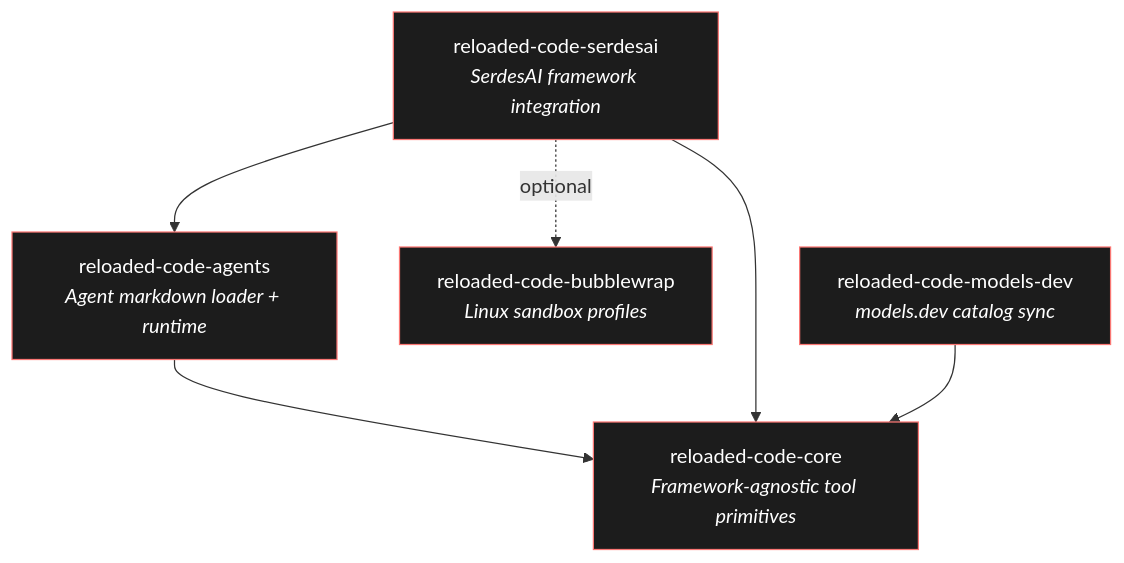
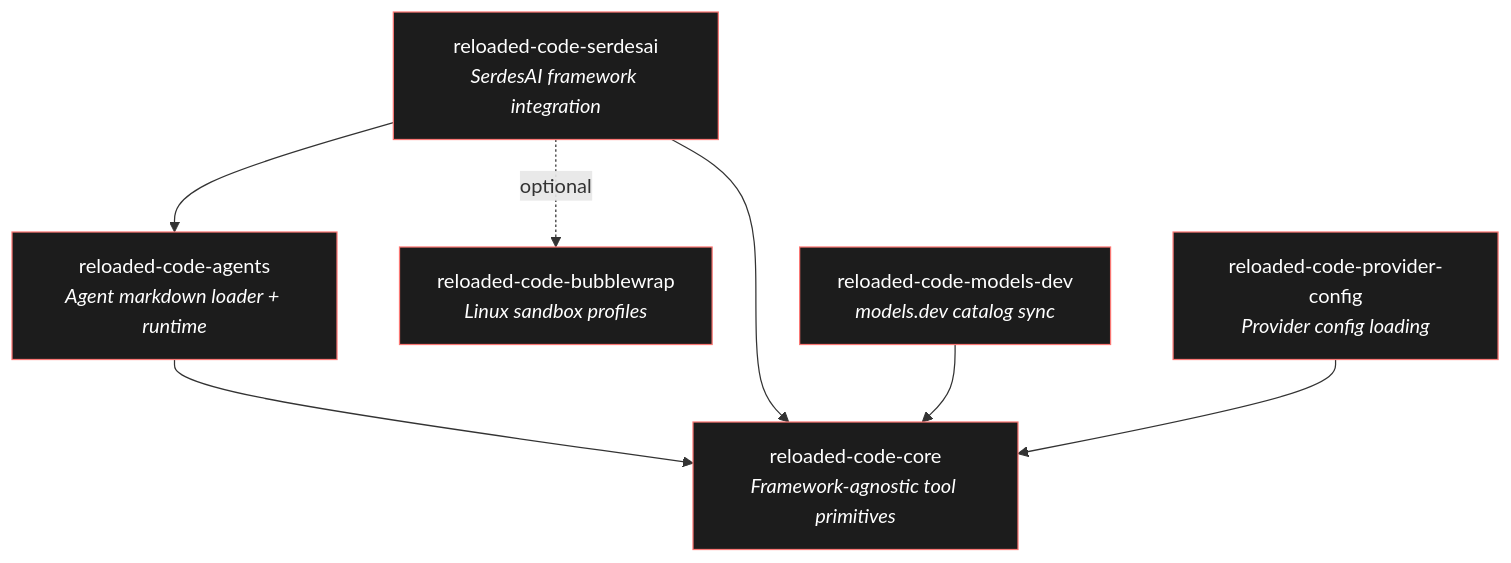
Before and after one commit to danielbodnar/ReloadedCode: the first of 2 diagrams in docs/src/architecture.md, drawn with Mermaid. The commit also changed other lines of this file and 29 other files, not shown here.

````diff
--- a/docs/src/architecture.md
+++ b/docs/src/architecture.md
@@ -8,16 +8,18 @@
 ```mermaid
 graph TD
     core["reloaded-code-core<br/><i>Framework-agnostic tool primitives</i>"]
     agents["reloaded-code-agents<br/><i>Agent markdown loader + runtime</i>"]
     serdesai["reloaded-code-serdesai<br/><i>SerdesAI framework integration</i>"]
     bubblewrap["reloaded-code-bubblewrap<br/><i>Linux sandbox profiles</i>"]
     modelsdev["reloaded-code-models-dev<br/><i>models.dev catalog sync</i>"]
+    providerconfig["reloaded-code-provider-config<br/><i>Provider config loading</i>"]
 
     agents --> core
     serdesai --> core
     serdesai --> agents
     serdesai -.->|optional| bubblewrap
     modelsdev --> core
+    providerconfig --> core
 
     classDef default fill:#1C1C1C,stroke:#fa7774,strokeWidth:2px,color:#fff
 ```
````
